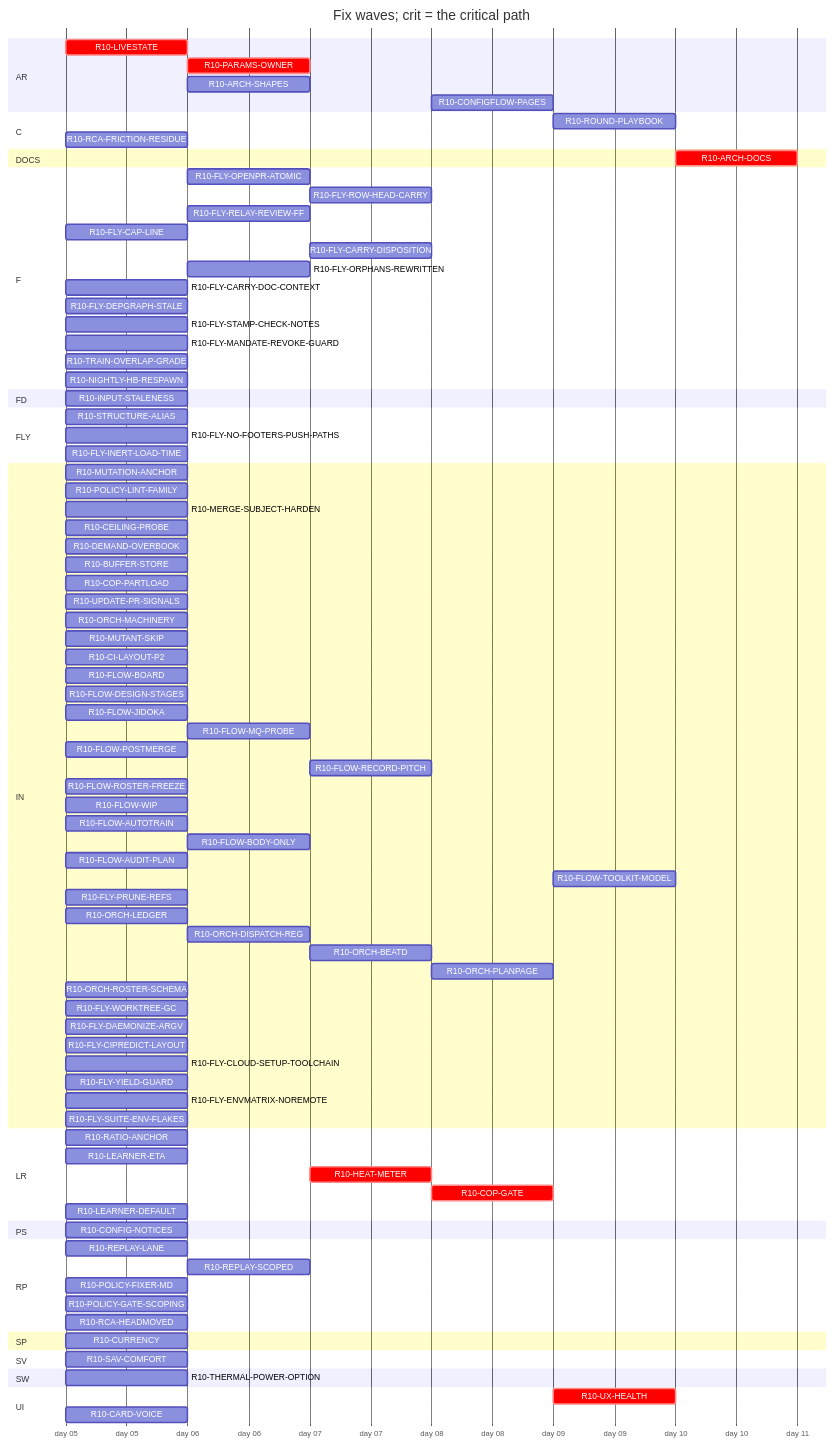
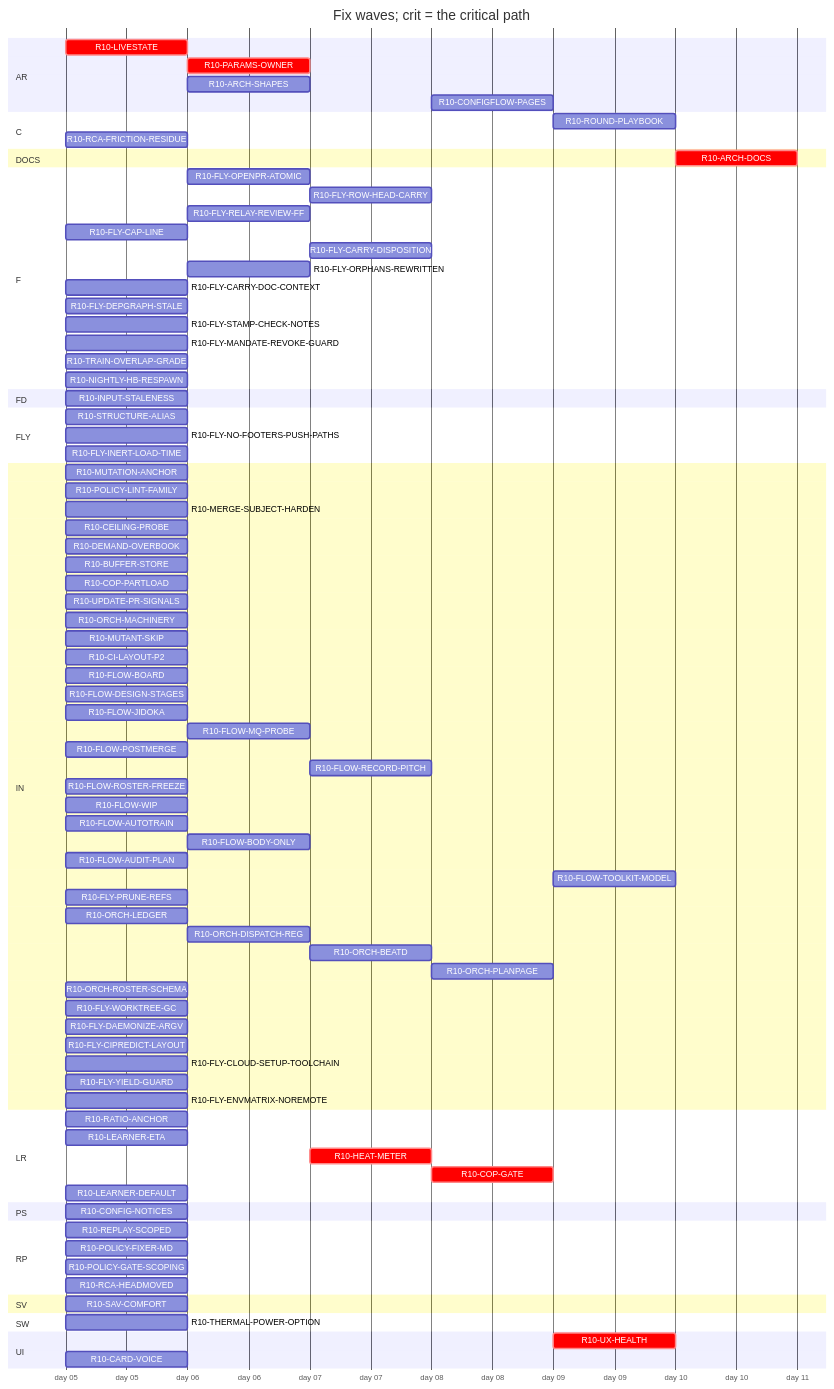
Before and after one commit to tvofi/heatpump_optimizer: the diagram in handoff/round10/state/PLAN-TABLE.md, drawn with Mermaid. The commit also changed other lines of this file and 2 other files, not shown here.

```diff
--- a/handoff/round10/state/PLAN-TABLE.md
+++ b/handoff/round10/state/PLAN-TABLE.md
@@ -38,7 +37,7 @@
     R10-ROUND-PLAYBOOK :r10ROUNDPLAYBOOK, after r10FLOWAUDITPLAN r10ORCHLEDGER r10ORCHDISPATCHREG r10ORCHBEATD r10ORCHPLANPAGE r10FLOWAUTOTRAIN r10CILAYOUTP2, 1d
     R10-RCA-FRICTION-RESIDUE :r10RCAFRICTIONRESIDUE, 2026-01-05, 1d
   section DOCS
-    R10-ARCH-DOCS :crit, r10ARCHDOCS, after r10RATIOANCHOR r10INPUTSTALENESS r10CURRENCY r10LIVESTATE r10CONFIGNOTICES r10PARAMSOWNER r10ARCHSHAPES r10LEARNERETA r10HEATMETER r10COPGATE r10UXHEALTH r10CONFIGFLOWPAGES r10REPLAYLANE r10REPLAYSCOPED, 1d
+    R10-ARCH-DOCS :crit, r10ARCHDOCS, after r10RATIOANCHOR r10INPUTSTALENESS r10LIVESTATE r10CONFIGNOTICES r10PARAMSOWNER r10ARCHSHAPES r10LEARNERETA r10HEATMETER r10COPGATE r10UXHEALTH r10CONFIGFLOWPAGES r10REPLAYSCOPED, 1d
   section F
     R10-FLY-OPENPR-ATOMIC :r10FLYOPENPRATOMIC, after r10UPDATEPRSIGNALS, 1d
     R10-FLY-ROW-HEAD-CARRY :r10FLYROWHEADCARRY, after r10CILAYOUTP2 r10FLYOPENPRATOMIC, 1d
@@ -94,7 +93,6 @@
     R10-FLY-CLOUD-SETUP-TOOLCHAIN :r10FLYCLOUDSETUPTOOLCHAIN, 2026-01-05, 1d
     R10-FLY-YIELD-GUARD :r10FLYYIELDGUARD, 2026-01-05, 1d
     R10-FLY-ENVMATRIX-NOREMOTE :r10FLYENVMATRIXNOREMOTE, 2026-01-05, 1d
-    R10-FLY-SUITE-ENV-FLAKES :r10FLYSUITEENVFLAKES, 2026-01-05, 1d
   section LR
     R10-RATIO-ANCHOR :r10RATIOANCHOR, 2026-01-05, 1d
     R10-LEARNER-ETA :r10LEARNERETA, 2026-01-05, 1d
@@ -104,13 +102,10 @@
   section PS
     R10-CONFIG-NOTICES :r10CONFIGNOTICES, 2026-01-05, 1d
   section RP
-    R10-REPLAY-LANE :r10REPLAYLANE, 2026-01-05, 1d
-    R10-REPLAY-SCOPED :r10REPLAYSCOPED, after r10REPLAYLANE, 1d
+    R10-REPLAY-SCOPED :r10REPLAYSCOPED, 2026-01-05, 1d
     R10-POLICY-FIXER-MD :r10POLICYFIXERMD, 2026-01-05, 1d
     R10-POLICY-GATE-SCOPING :r10POLICYGATESCOPING, 2026-01-05, 1d
     R10-RCA-HEADMOVED :r10RCAHEADMOVED, 2026-01-05, 1d
-  section SP
-    R10-CURRENCY :r10CURRENCY, 2026-01-05, 1d
   section SV
     R10-SAV-COMFORT :r10SAVCOMFORT, 2026-01-05, 1d
   section SW
```
